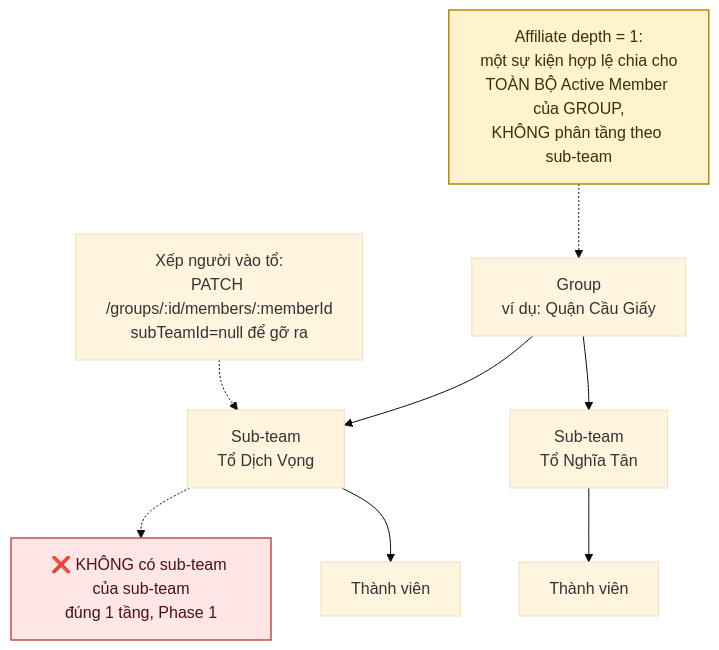
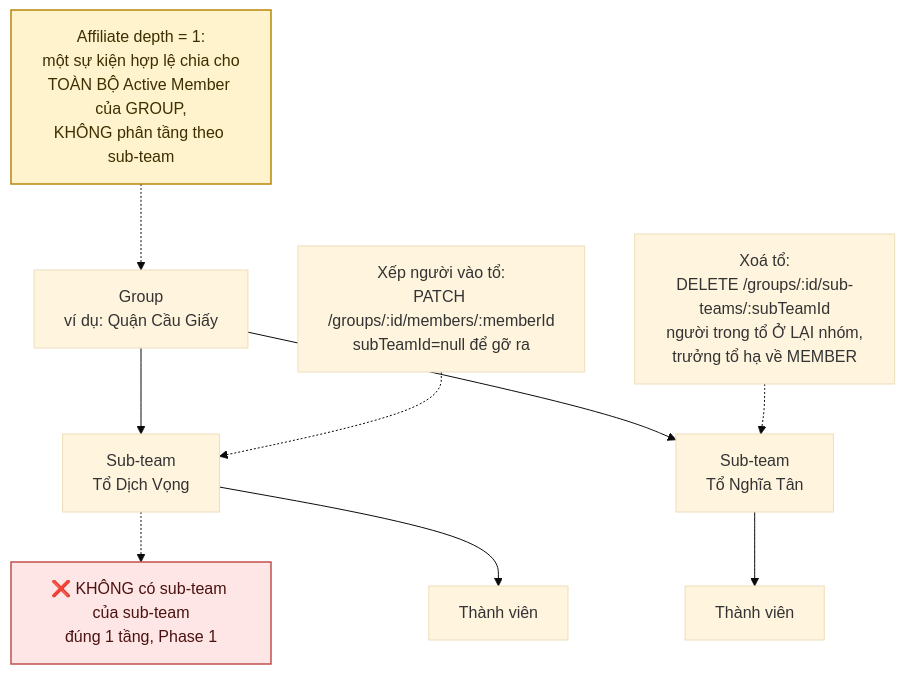
One commit to fdshn/trueheart changed the sixth of 6 diagrams in docs/diagram/18-group.md. Above: the diagram before and after it, drawn with Mermaid (base theme). The commit also changed other lines of this file and 33 other files, not shown here.

First line of the commit message:
feat(group): xoá tổ, bán kính theo bậc, đường Admin cho quyền vai, soát lại danh sách từ

````diff
--- a/docs/diagram/18-group.md
+++ b/docs/diagram/18-group.md
@@ -171,16 +206,17 @@
 ```mermaid
 flowchart TD
     G["Group<br/>ví dụ: Quận Cầu Giấy"] --> S1["Sub-team<br/>Tổ Dịch Vọng"]
     G --> S2["Sub-team<br/>Tổ Nghĩa Tân"]
     S1 -.-> X["❌ KHÔNG có sub-team của sub-team<br/>đúng 1 tầng, Phase 1"]
 
     S1 --> M1[Thành viên]
     S2 --> M2[Thành viên]
 
     Z["Xếp người vào tổ:<br/>PATCH /groups/:id/members/:memberId<br/>subTeamId=null để gỡ ra"] -.-> S1
+    D["Xoá tổ:<br/>DELETE /groups/:id/sub-teams/:subTeamId<br/>người trong tổ Ở LẠI nhóm,<br/>trưởng tổ hạ về MEMBER"] -.-> S2
 
     Y["Affiliate depth = 1:<br/>một sự kiện hợp lệ chia cho<br/>TOÀN BỘ Active Member của GROUP,<br/>KHÔNG phân tầng theo sub-team"] -.-> G
 
     style X fill:#ffe6e6,stroke:#c0504d,stroke-width:1.5px,color:#4a1210
     style Y fill:#fff3cd,stroke:#b8860b,stroke-width:1.5px,color:#3d2f00
 ```
````
